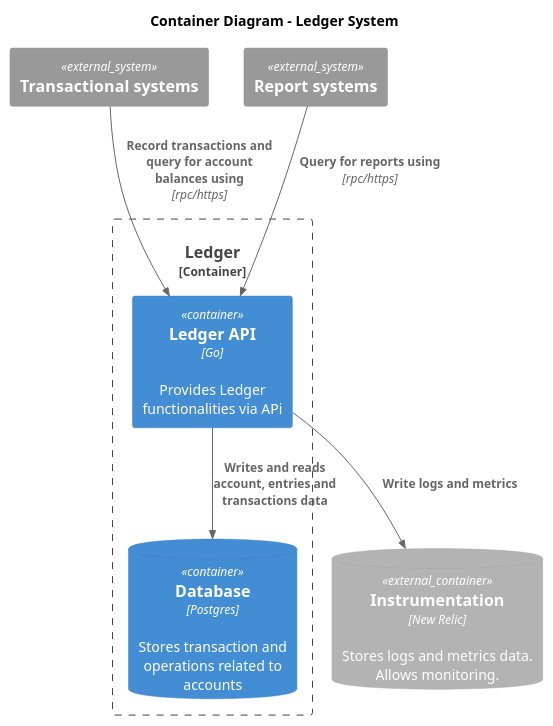
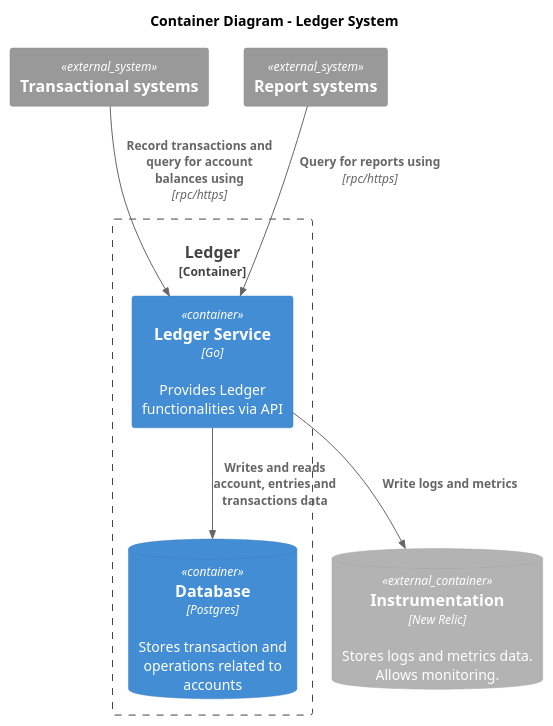
Before and after one commit to stone-co/the-amazing-ledger: the diagram in docs/c4model/level_2_container/level_2_container_diagram.puml, drawn with PlantUML. The commit also changed 1 other file, not shown here.

```diff
--- a/docs/c4model/level_2_container/level_2_container_diagram.puml
+++ b/docs/c4model/level_2_container/level_2_container_diagram.puml
@@ -1,24 +1,23 @@
 @startuml Container Diagram - Level 02
 !include https://raw.githubusercontent.com/plantuml-stdlib/C4-PlantUML/master/C4_Container.puml
 
 title Container Diagram - Ledger System
 
 System_Ext(transactional_systems, "Transactional systems")
 System_Ext(report_systems, "Report systems")
 
 Container_Boundary(ledger, "Ledger") {
-    Container(ledger_api, "Ledger API", "Go", "Provides Ledger functionalities via APi")
+    Container(ledger_api, "Ledger Service", "Go", "Provides Ledger functionalities via API")
     ContainerDb(database, "Database", "Postgres", "Stores transaction and operations related to accounts")
 
     Rel(ledger_api, database, "Writes and reads account, entries and transactions data")
 }
 
 ContainerDb_Ext(instrumentation, "Instrumentation", "New Relic", "Stores logs and metrics data. Allows monitoring.")
 
-
 Rel(transactional_systems, ledger_api, "Record transactions and query for account balances using", "rpc/https")
 Rel(report_systems, ledger_api, "Query for reports using", "rpc/https")
 
 Rel(ledger_api, instrumentation, "Write logs and metrics")
 
 @enduml
```
